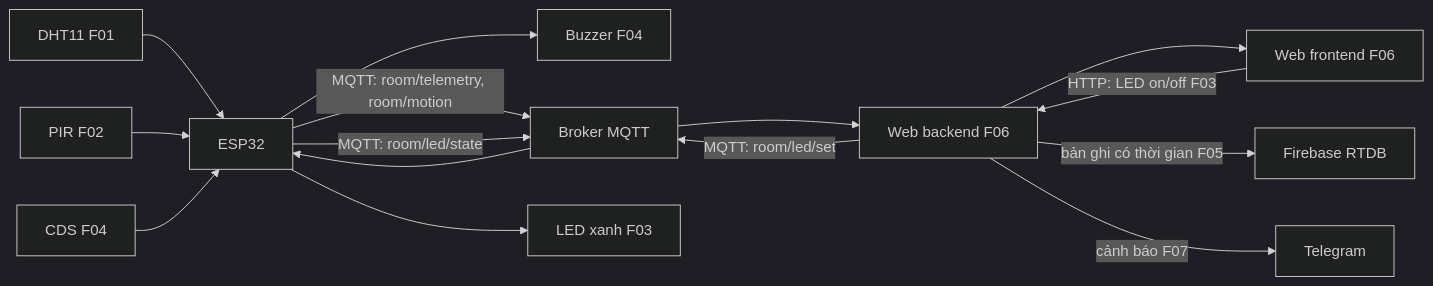
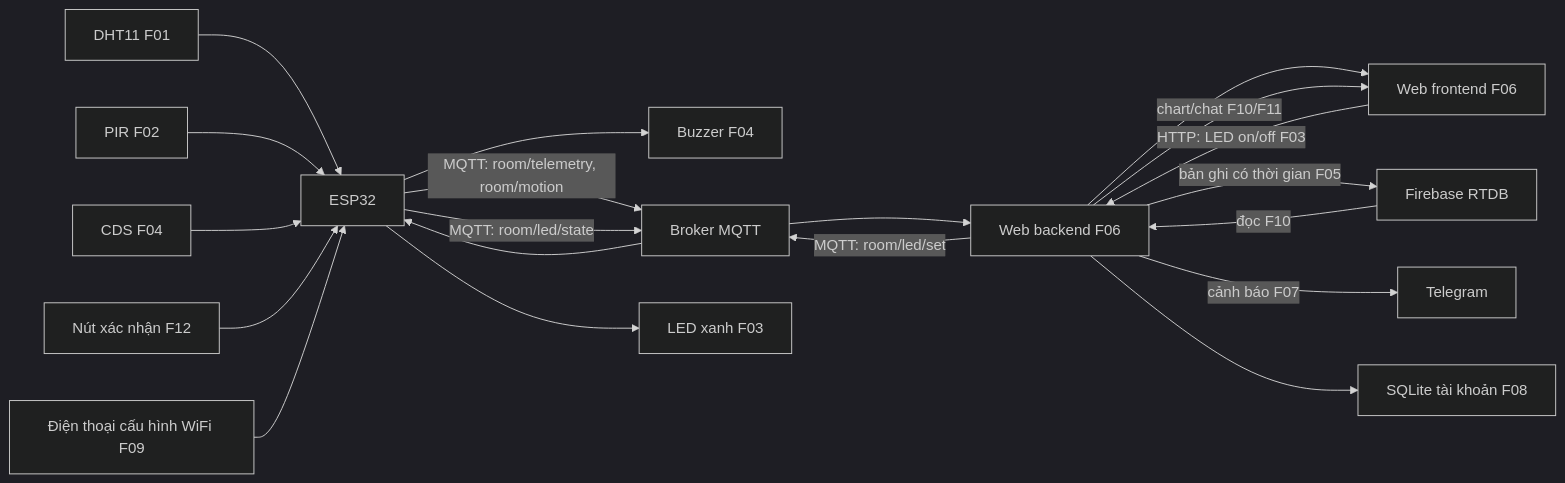
One commit to nvphuoc1172/iot-project-1 changed the diagram in 03_SMART_CLASSROOM_MONITORING_SYSTEM.MD. Above: the diagram before and after it, drawn with Mermaid (dark theme). The commit also changed other lines of this file and 4 other files, not shown here.

````diff
--- a/03_SMART_CLASSROOM_MONITORING_SYSTEM.MD
+++ b/03_SMART_CLASSROOM_MONITORING_SYSTEM.MD
@@ -62,17 +68,22 @@
 ```mermaid
 flowchart LR
   DHT["DHT11 F01"] --> ESP["ESP32"]
   PIR["PIR F02"] --> ESP
   CDS["CDS F04"] --> ESP
   ESP --> BUZ["Buzzer F04"]
   ESP -->|MQTT: room/telemetry, room/motion| MQ["Broker MQTT"]
   MQ --> BE["Web backend F06"]
   BE --> FE["Web frontend F06"]
   FE -->|HTTP: LED on/off F03| BE
   BE -->|MQTT: room/led/set| MQ
   MQ --> ESP
   ESP --> LED["LED xanh F03"]
   ESP -->|MQTT: room/led/state| MQ
   BE -->|bản ghi có thời gian F05| DB["Firebase RTDB"]
   BE -->|cảnh báo F07| TG["Telegram"]
+  BTN["Nút xác nhận F12"] --> ESP
+  BE --> AUTH["SQLite tài khoản F08"]
+  DB -->|đọc F10| BE
+  BE -->|chart/chat F10/F11| FE
+  PHONE["Điện thoại cấu hình WiFi F09"] --> ESP
 ```
````
